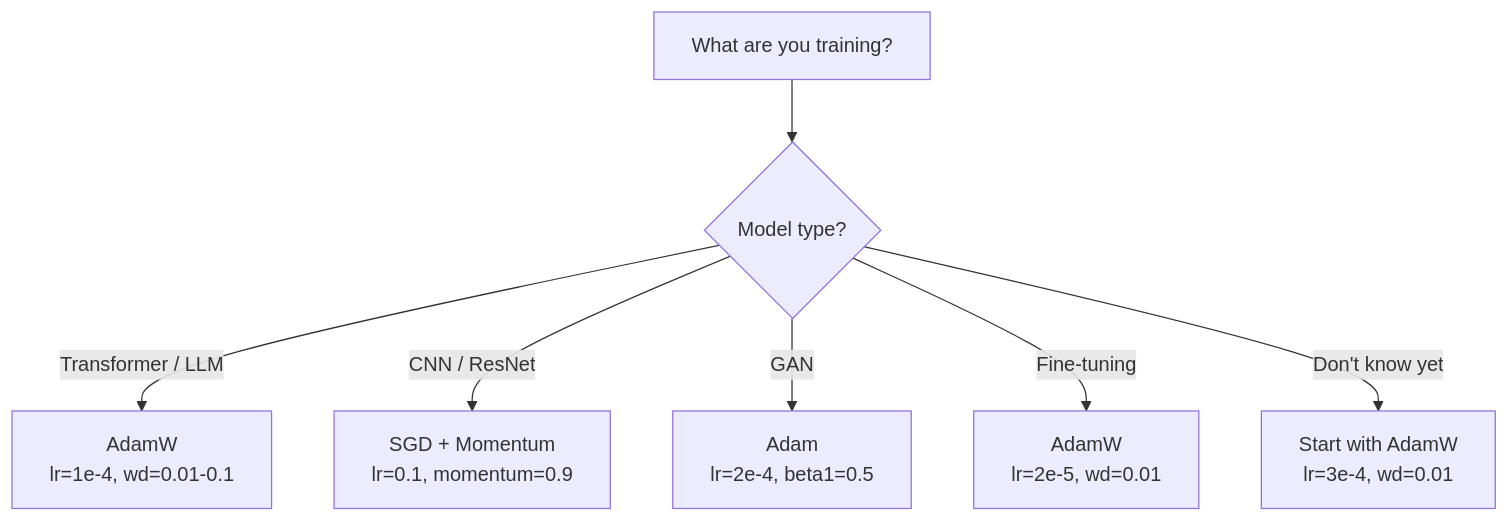
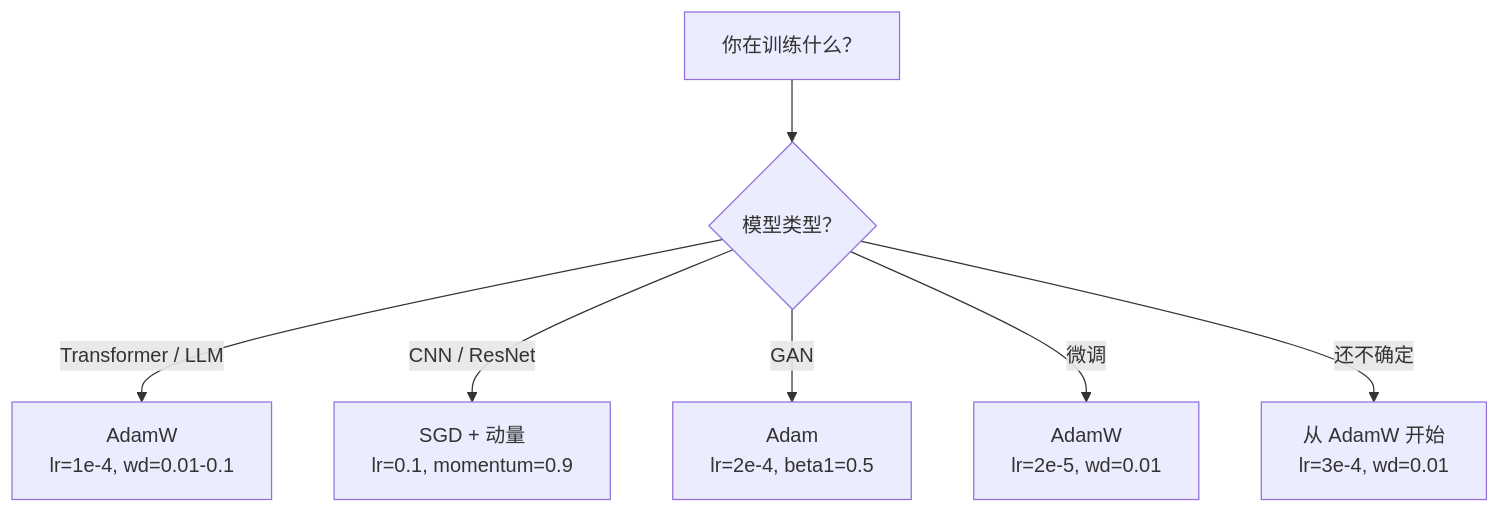
The third of 3 diagrams in lessons/03-deep-learning-core/06-optimizers/docs/zh.md (guangningsun/ailearning), drawn with Mermaid before and after one commit. The commit also changed other lines of this file and 13 other files, not shown here.

````diff
--- a/lessons/03-deep-learning-core/06-optimizers/docs/zh.md
+++ b/lessons/03-deep-learning-core/06-optimizers/docs/zh.md
@@ -156,10 +156,10 @@
 ```mermaid
 flowchart TD
-    Task["What are you training?"] --> Type{"Model type?"}
+    Task["你在训练什么？"] --> Type{"模型类型？"}
 
     Type -->|"Transformer / LLM"| AdamW["AdamW<br/>lr=1e-4, wd=0.01-0.1"]
-    Type -->|"CNN / ResNet"| SGD_M["SGD + Momentum<br/>lr=0.1, momentum=0.9"]
+    Type -->|"CNN / ResNet"| SGD_M["SGD + 动量<br/>lr=0.1, momentum=0.9"]
     Type -->|"GAN"| Adam2["Adam<br/>lr=2e-4, beta1=0.5"]
-    Type -->|"Fine-tuning"| AdamW2["AdamW<br/>lr=2e-5, wd=0.01"]
-    Type -->|"Don't know yet"| Default["Start with AdamW<br/>lr=3e-4, wd=0.01"]
+    Type -->|"微调"| AdamW2["AdamW<br/>lr=2e-5, wd=0.01"]
+    Type -->|"还不确定"| Default["从 AdamW 开始<br/>lr=3e-4, wd=0.01"]
 ```
````
